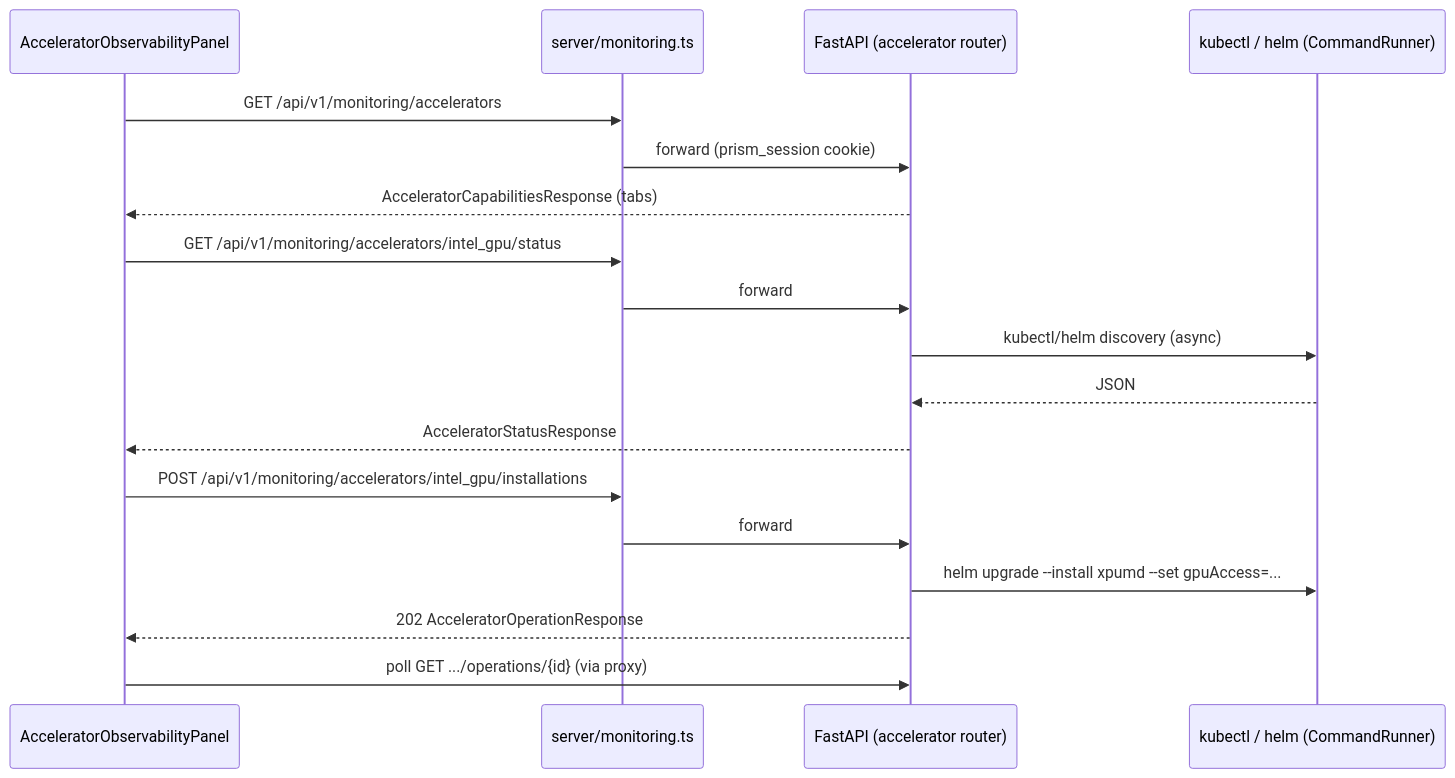
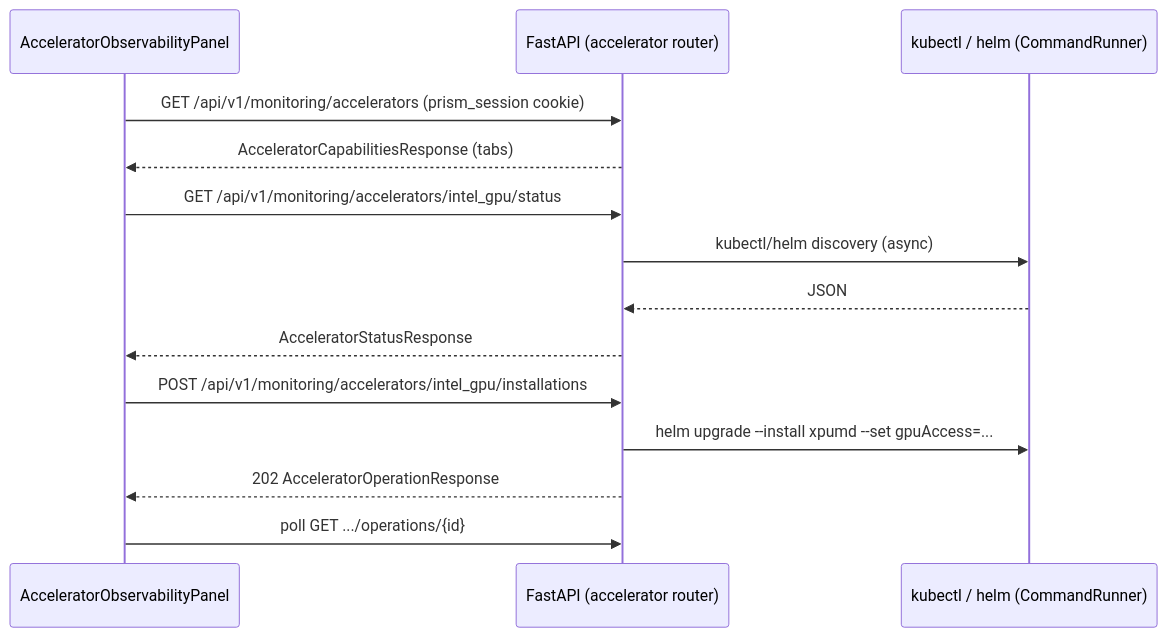
The fourth of 4 diagrams in docs/design/observability-design.md (WenjiaoYue/llm-d-lens), drawn with Mermaid before and after one commit. The commit also changed other lines of this file and 166 other files, not shown here.

````diff
--- a/docs/design/observability-design.md
+++ b/docs/design/observability-design.md
@@ -1190,23 +1188,19 @@
 ```mermaid
 sequenceDiagram
     participant UI as AcceleratorObservabilityPanel
-    participant Proxy as server/monitoring.ts
     participant API as FastAPI (accelerator router)
     participant K8s as kubectl / helm (CommandRunner)
 
-    UI->>Proxy: GET /api/v1/monitoring/accelerators
-    Proxy->>API: forward (prism_session cookie)
+    UI->>API: GET /api/v1/monitoring/accelerators (prism_session cookie)
     API-->>UI: AcceleratorCapabilitiesResponse (tabs)
 
-    UI->>Proxy: GET /api/v1/monitoring/accelerators/intel_gpu/status
-    Proxy->>API: forward
+    UI->>API: GET /api/v1/monitoring/accelerators/intel_gpu/status
     API->>K8s: kubectl/helm discovery (async)
     K8s-->>API: JSON
     API-->>UI: AcceleratorStatusResponse
 
-    UI->>Proxy: POST /api/v1/monitoring/accelerators/intel_gpu/installations
-    Proxy->>API: forward
+    UI->>API: POST /api/v1/monitoring/accelerators/intel_gpu/installations
     API->>K8s: helm upgrade --install xpumd --set gpuAccess=...
     API-->>UI: 202 AcceleratorOperationResponse
-    UI->>API: poll GET .../operations/{id} (via proxy)
+    UI->>API: poll GET .../operations/{id}
 ```
````
